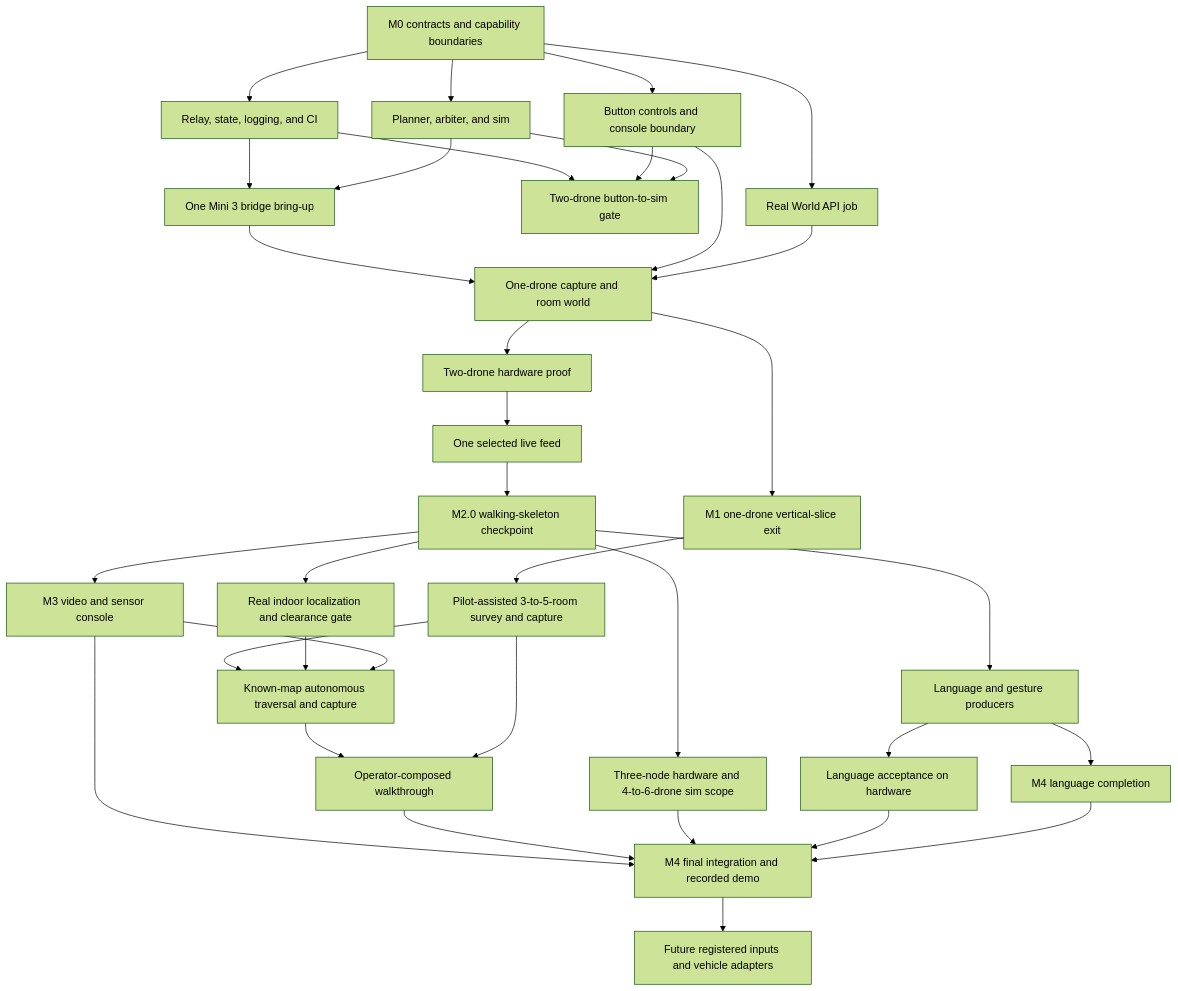
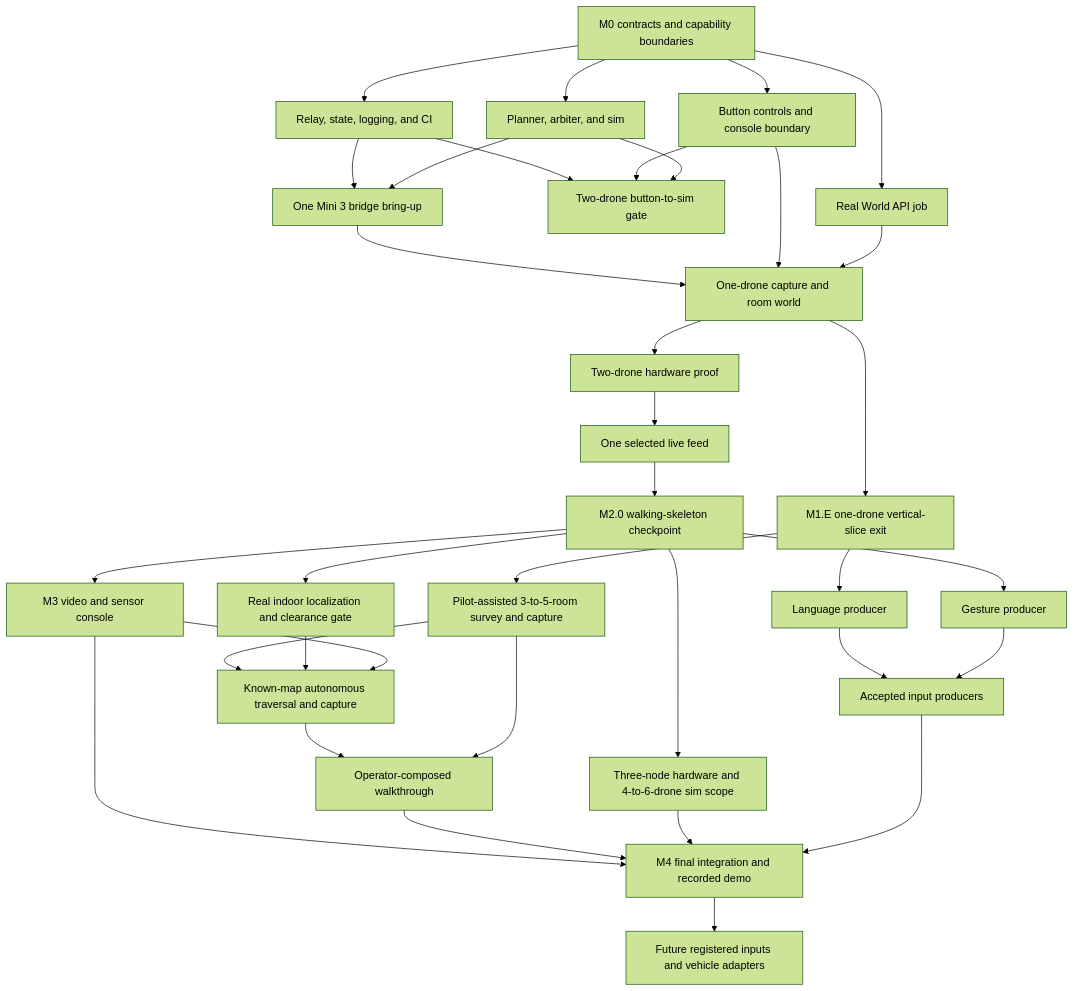
Before and after one commit to worldofhacks/sweep: the diagram in docs/mvp-plan.md, drawn with Mermaid (forest theme). The commit also changed other lines of this file and 1 other file, not shown here.

Commit message:
docs: confirm parallel MVP input lane

````diff
--- a/docs/mvp-plan.md
+++ b/docs/mvp-plan.md
@@ -13,37 +13,37 @@
 ```mermaid
 flowchart TD
     m0[M0 contracts and capability boundaries] --> relay[Relay, state, logging, and CI]
     m0 --> worldapi[Real World API job]
     m0 --> controls[Button controls and console boundary]
     m0 --> autonomy[Planner, arbiter, and sim]
     relay --> simgate[Two-drone button-to-sim gate]
     controls --> simgate
     autonomy --> simgate
-    m20 --> speech[Language and gesture producers]
     relay --> bridge[One Mini 3 bridge bring-up]
     autonomy --> bridge
     bridge --> hw1[One-drone capture and room world]
     controls --> hw1
     worldapi --> hw1
-    hw1 --> m1[M1 one-drone vertical-slice exit]
-    m1 --> rooms[Pilot-assisted 3-to-5-room survey and capture]
+    hw1 --> m1e[M1.E one-drone vertical-slice exit]
+    m1e --> rooms[Pilot-assisted 3-to-5-room survey and capture]
     hw1 --> hw2[Two-drone hardware proof]
     hw2 --> feed[One selected live feed]
     feed --> m20[M2.0 walking-skeleton checkpoint]
+    m1e --> language[Language producer]
+    m20 --> gesture[Gesture producer]
     m20 --> scale[Three-node hardware and 4-to-6-drone sim scope]
     m20 --> video[M3 video and sensor console]
     m20 --> localization[Real indoor localization and clearance gate]
     rooms --> knownmap[Known-map autonomous traversal and capture]
     localization --> knownmap
     video --> knownmap
-    speech --> hwlang[Language acceptance on hardware]
-    speech --> langfull[M4 language completion]
+    language --> inputs[Accepted input producers]
+    gesture --> inputs
     knownmap --> compose[Operator-composed walkthrough]
     rooms --> compose
     video --> release[M4 final integration and recorded demo]
     compose --> release
     scale --> release
-    hwlang --> release
-    langfull --> release
+    inputs --> release
     release --> future[Future registered inputs and vehicle adapters]
 ```
````
